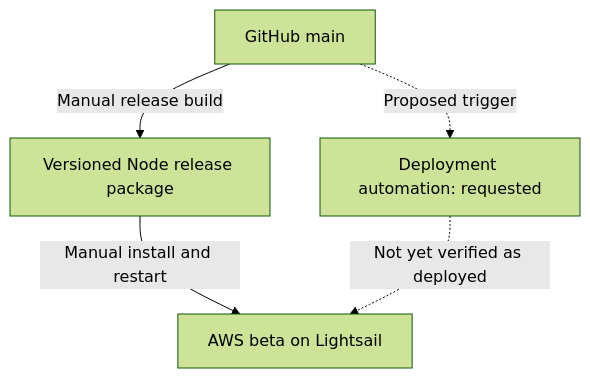
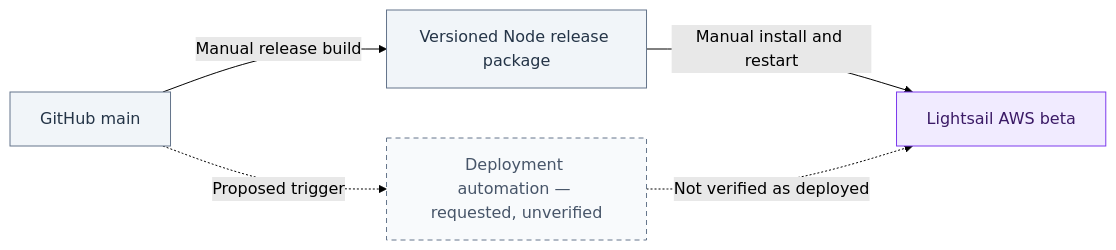
The second of 2 diagrams in docs/architecture.md (HewieTran/forrest-runs), drawn with Mermaid (forest theme) before and after one commit. The commit also changed other lines of this file, not shown here.

Commit message:
docs: use horizontal color-coded architecture diagrams

````diff
--- a/docs/architecture.md
+++ b/docs/architecture.md
@@ -106,12 +140,19 @@
 ```mermaid
-flowchart TB
+flowchart LR
     source["GitHub main"]
     bundle["Versioned Node release package"]
-    beta["AWS beta on Lightsail"]
-    automation["Deployment automation: requested"]
+    beta["Lightsail AWS beta"]
+    automation["Deployment automation — requested, unverified"]
 
     source -->|"Manual release build"| bundle
     bundle -->|"Manual install and restart"| beta
     source -.->|"Proposed trigger"| automation
-    automation -.->|"Not yet verified as deployed"| beta
+    automation -.->|"Not verified as deployed"| beta
+
+    classDef delivery fill:#F1F5F9,stroke:#64748B,color:#243447
+    classDef compute fill:#F1EBFF,stroke:#7C3AED,color:#3B1A66
+    classDef proposed fill:#F8FAFC,stroke:#64748B,color:#475569,stroke-dasharray:5 4
+    class source,bundle delivery
+    class beta compute
+    class automation proposed
 ```
````
